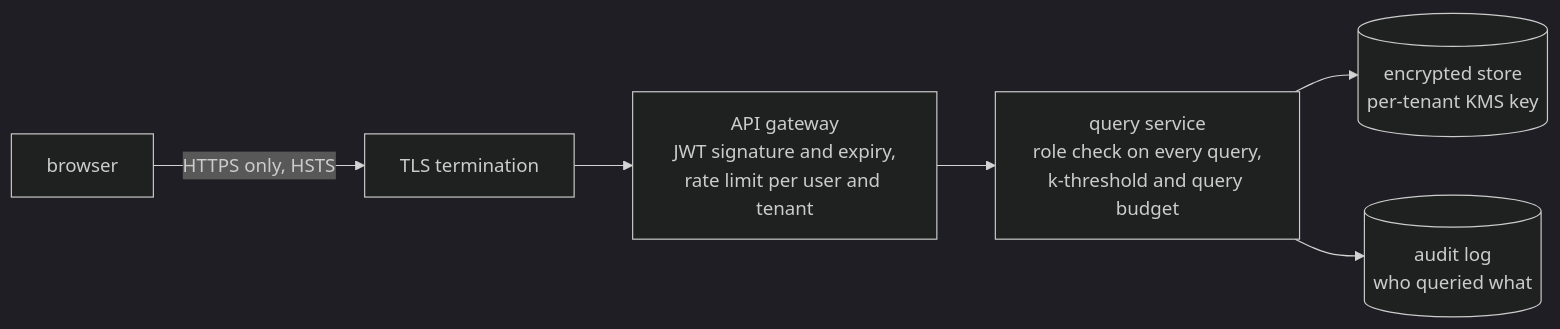
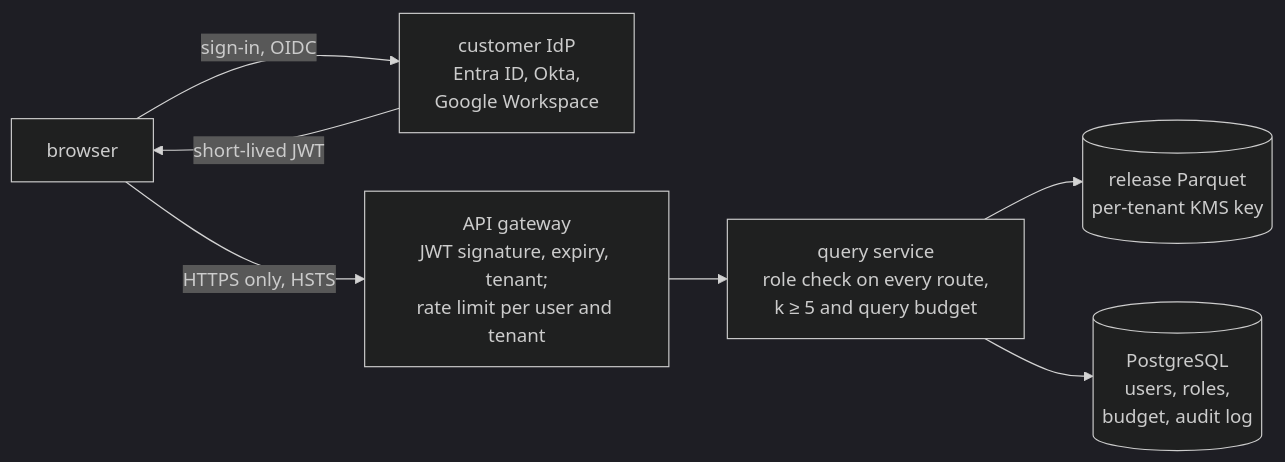
Before and after one commit to marcusvieira88/network-science: the eighth of 8 diagrams in docs/technical-overview.md, drawn with Mermaid (dark theme). The commit also changed other lines of this file and 1 other file, not shown here.

First line of the commit message:
Docs: bring the technical overview's next steps in line with the README roadmap

````diff
--- a/docs/technical-overview.md
+++ b/docs/technical-overview.md
@@ -698,8 +750,9 @@
 ```mermaid
 flowchart LR
-    B["browser"] -->|HTTPS only, HSTS| T["TLS termination"]
-    T --> G["API gateway<br/>JWT signature and expiry,<br/>rate limit per user and tenant"]
-    G --> Q["query service<br/>role check on every query,<br/>k-threshold and query budget"]
-    Q --> S[("encrypted store<br/>per-tenant KMS key")]
-    Q --> A[("audit log<br/>who queried what")]
+    B["browser"] -->|"sign-in, OIDC"| IDP["customer IdP<br/>Entra ID, Okta,<br/>Google Workspace"]
+    IDP -->|"short-lived JWT"| B
+    B -->|"HTTPS only, HSTS"| G["API gateway<br/>JWT signature, expiry, tenant;<br/>rate limit per user and tenant"]
+    G --> Q["query service<br/>role check on every route,<br/>k ≥ 5 and query budget"]
+    Q --> S[("release Parquet<br/>per-tenant KMS key")]
+    Q --> A[("PostgreSQL<br/>users, roles,<br/>budget, audit log")]
 ```
````
